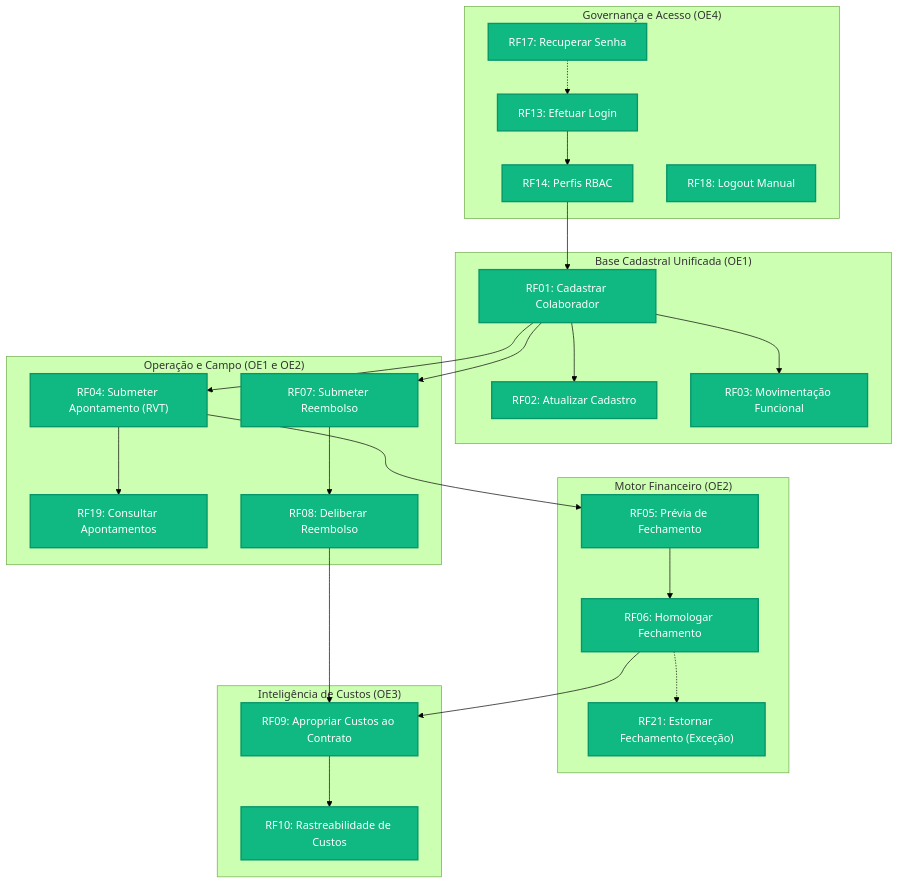
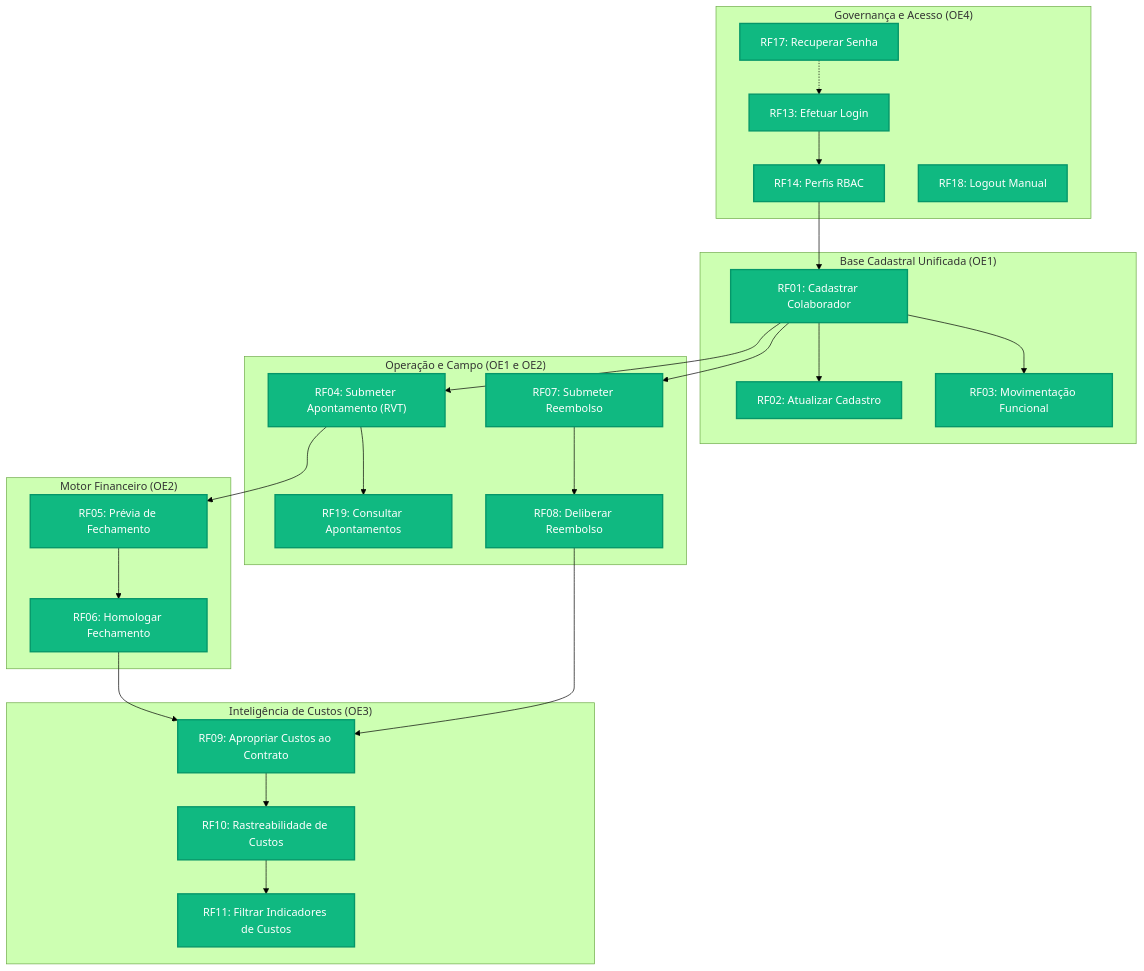
Before and after one commit to mdsreq-fga-unb/REQ-2026.2-T01-DUOC-Finance: the fourth of 4 diagrams in docs/requisitos/priorizacao.md, drawn with Mermaid (forest theme). The commit also changed other lines of this file and 4 other files, not shown here.

````diff
--- a/docs/requisitos/priorizacao.md
+++ b/docs/requisitos/priorizacao.md
@@ -296,37 +299,37 @@
 ```mermaid
 flowchart TD
     subgraph S_AUTH["Governança e Acesso (OE4)"]
         RF13["RF13: Efetuar Login"] --> RF14["RF14: Perfis RBAC"]
         RF17["RF17: Recuperar Senha"] -.-> RF13
         RF18["RF18: Logout Manual"]
     end
 
     subgraph S_CAD["Base Cadastral Unificada (OE1)"]
         RF14 --> RF01["RF01: Cadastrar Colaborador"]
         RF01 --> RF02["RF02: Atualizar Cadastro"]
         RF01 --> RF03["RF03: Movimentação Funcional"]
     end
 
     subgraph S_FIELD["Operação e Campo (OE1 e OE2)"]
         RF01 --> RF04["RF04: Submeter Apontamento (RVT)"]
         RF04 --> RF19["RF19: Consultar Apontamentos"]
         RF01 --> RF07["RF07: Submeter Reembolso"]
         RF07 --> RF08["RF08: Deliberar Reembolso"]
     end
 
     subgraph S_FIN["Motor Financeiro (OE2)"]
         RF04 --> RF05["RF05: Prévia de Fechamento"]
         RF05 --> RF06["RF06: Homologar Fechamento"]
-        RF06 -.-> RF21["RF21: Estornar Fechamento (Exceção)"]
     end
 
     subgraph S_COST["Inteligência de Custos (OE3)"]
         RF06 --> RF09["RF09: Apropriar Custos ao Contrato"]
         RF08 --> RF09
         RF09 --> RF10["RF10: Rastreabilidade de Custos"]
+        RF10 --> RF11["RF11: Filtrar Indicadores de Custos"]
     end
 
     classDef mvpNode fill:#10b981,stroke:#059669,stroke-width:2px,color:#ffffff;
     classDef secNode fill:#0284c7,stroke:#0369a1,stroke-width:2px,color:#ffffff;
-    class RF13,RF14,RF17,RF18,RF01,RF02,RF03,RF04,RF19,RF07,RF08,RF05,RF06,RF21,RF09,RF10 mvpNode;
+    class RF13,RF14,RF17,RF18,RF01,RF02,RF03,RF04,RF19,RF07,RF08,RF05,RF06,RF09,RF10,RF11 mvpNode;
 ```
````
